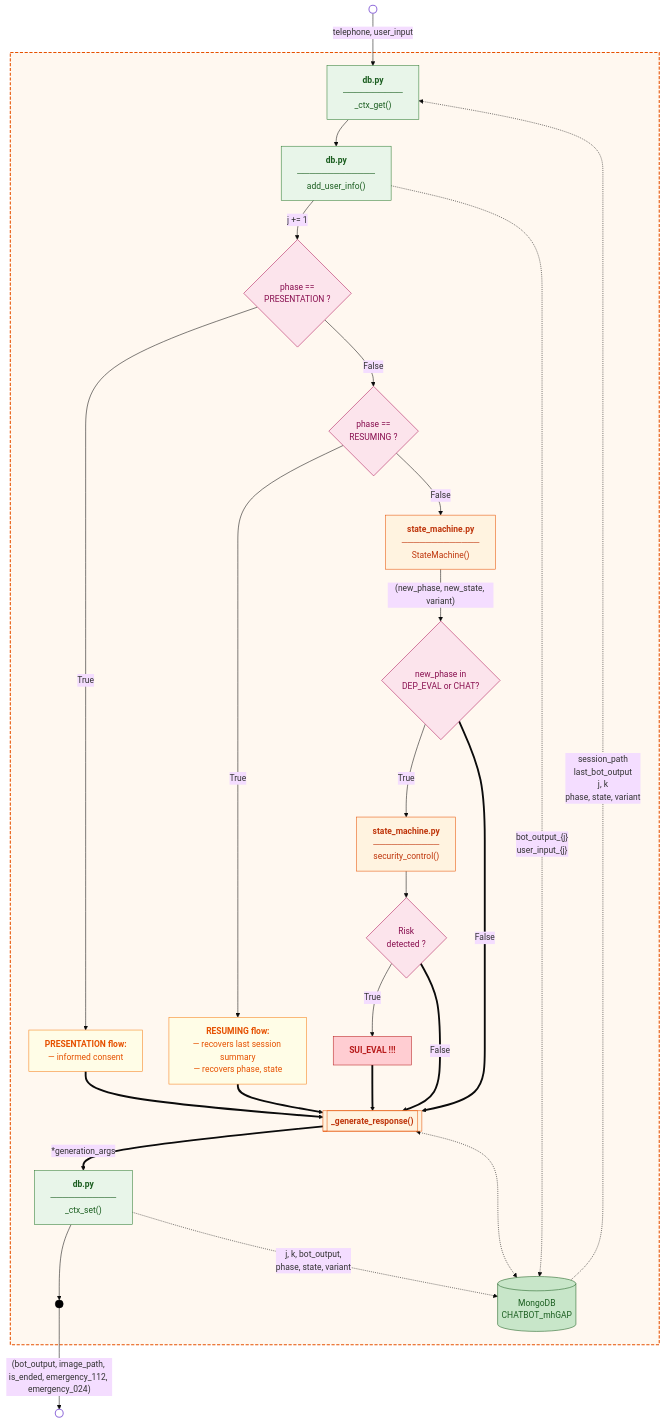
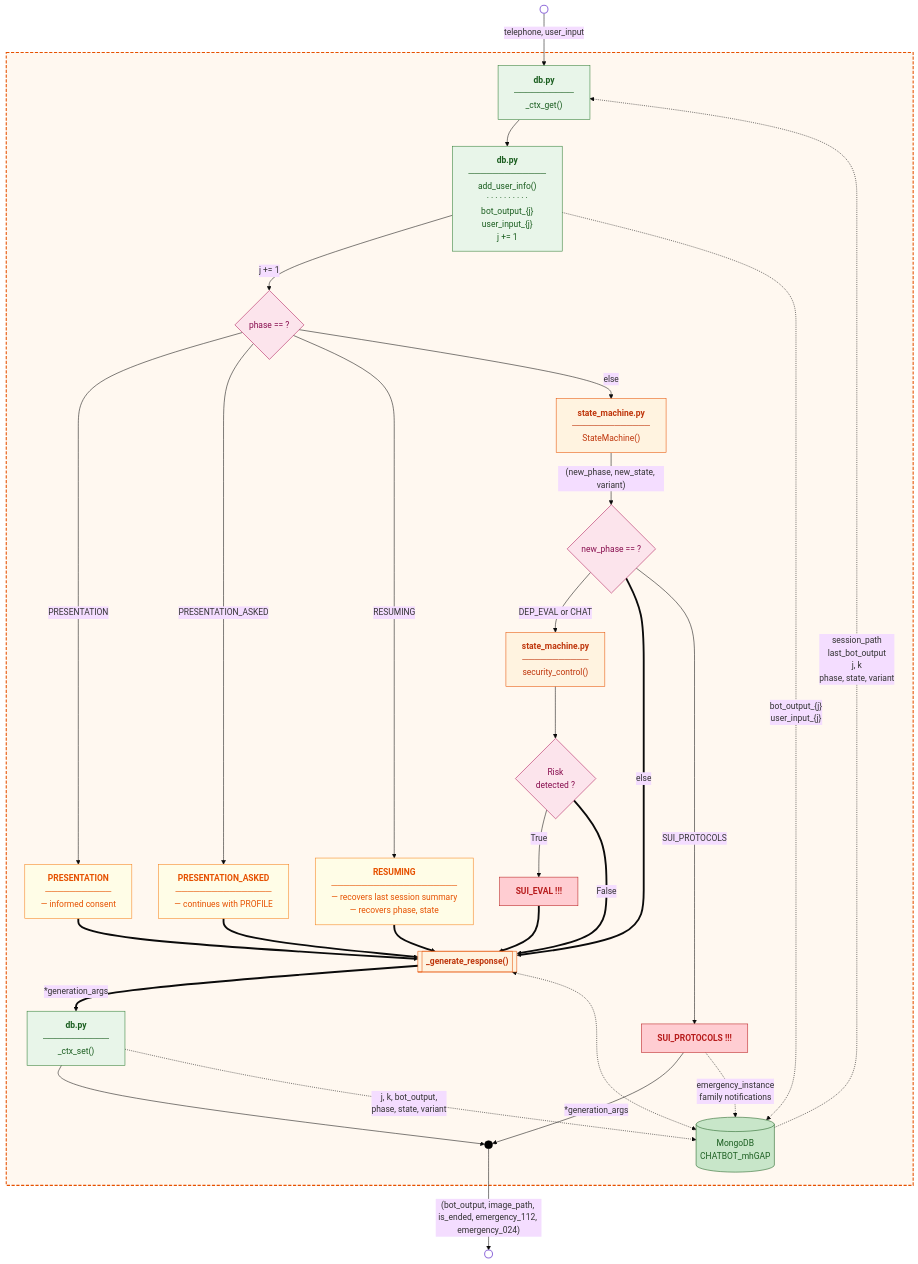
Before and after one commit to JordiiQueralto/AURORA_mhGAP-IG_v2.0: the diagram in diagrams/3_Orchestation.md, drawn with Mermaid (base theme). The commit also changed 2 other files, not shown here.

Commit message:
modifications is fig 1 of FSM and orchestation

````diff
--- a/diagrams/3_Orchestation.md
+++ b/diagrams/3_Orchestation.md
@@ -1,75 +1,81 @@
 ```mermaid
 flowchart TD
 
     START(( )):::circle
     FINISH(( )):::circle
 
     START -->|"telephone, user_input"| CTX_GET
 
     subgraph PROCESS_MSG[" "]
 
         CTX_GET["<b>db.py</b><br/>──────────<br/>_ctx_get()"]:::dbmod
-        HIST["<b>db.py</b><br/>─────────────<br/>add_user_info()"]:::dbmod
+        HIST["<b>db.py</b><br/>─────────────<br/>add_user_info()<br/>· · · · · · · · · ·<br/>bot_output_{j}<br/>user_input_{j}<br/>j += 1"]:::dbmod
 
-        D_PRES{phase ==<br/>PRESENTATION ?}:::decision
-        D_RES{phase ==<br/>RESUMING ?}:::decision
+        SWITCH{phase == ?}:::decision
 
-        PRES["<b>PRESENTATION flow:</b><br/>— informed consent"]:::flowblock
+        PRES["<b>PRESENTATION</b><br/>───────────<br/>— informed consent"]:::flowblock
 
-        RES["<b>RESUMING flow:</b><br/>— recovers last session summary<br/>— recovers phase, state"]:::flowblock
+        PRES_ASK["<b>PRESENTATION_ASKED</b><br/>────────────────<br/>— continues with PROFILE"]:::flowblock
+
+        RES["<b>RESUMING</b><br/>─────────────────────<br/>— recovers last session summary<br/>— recovers phase, state"]:::flowblock
 
         FSM["<b>state_machine.py</b><br/>─────────────<br/>StateMachine()"]:::module
 
-        SEC_GATE{new_phase in<br/>DEP_EVAL or CHAT?}:::decision
+        FSM_GATE{new_phase == ?}:::decision
 
         SEC["<b>state_machine.py</b><br/>───────────<br/>security_control()"]:::module
 
         RISK{Risk<br/>detected ?}:::decision
 
         EMERGENCY["<b>SUI_EVAL !!!</b>"]:::emergency
+
+        SUI_PROT["<b>SUI_PROTOCOLS !!!</b>"]:::emergency
 
         GEN_RESP[["<b>_generate_response()</b>"]]:::module
 
         CTX_SET["<b>db.py</b><br/>───────────<br/>_ctx_set()"]:::dbmod
 
         MONGO[("MongoDB<br/>CHATBOT_mhGAP")]:::db
 
         BOTTOM(( )):::junction
 
         CTX_GET --> HIST
-        HIST -->|"j += 1"| D_PRES
+        HIST -->|"j += 1"| SWITCH
 
-        D_PRES -->|True| PRES ==> GEN_RESP
-        D_PRES -->|False| D_RES
-        D_RES  -->|True| RES  ==> GEN_RESP
-        D_RES  -->|False| FSM
+        SWITCH -->|"PRESENTATION"| PRES ==> GEN_RESP
+        SWITCH -->|"PRESENTATION_ASKED"| PRES_ASK ==> GEN_RESP
+        SWITCH -->|"RESUMING"| RES ==> GEN_RESP
+        SWITCH -->|"else"| FSM
 
-        FSM -->|"(new_phase, new_state, variant)"| SEC_GATE
-        SEC_GATE -->|True| SEC --> RISK
+        FSM -->|"(new_phase, new_state, variant)"| FSM_GATE
+        FSM_GATE -->|"DEP_EVAL or CHAT"| SEC --> RISK
+        FSM_GATE ==>|"else"| GEN_RESP
+        FSM_GATE -->|"SUI_PROTOCOLS"| SUI_PROT -->|"*generation_args"| BOTTOM
+        
         RISK -->|True| EMERGENCY ==> GEN_RESP
         RISK ==>|False| GEN_RESP
-        SEC_GATE ==>|False| GEN_RESP
 
         GEN_RESP ==>|"*generation_args"| CTX_SET
 
         MONGO -.->|"session_path<br/>last_bot_output<br/>j, k<br/>phase, state, variant"| CTX_GET
         HIST -.->|"bot_output_{j}<br/>user_input_{j}"| MONGO
         CTX_SET --> BOTTOM
         CTX_SET -.->|"j, k, bot_output,<br/>phase, state, variant"| MONGO
         GEN_RESP <-.-> MONGO
+        SUI_PROT -.->|"emergency_instance<br/>family notifications"| MONGO
 
     end
 
     BOTTOM -->|"(bot_output, image_path, is_ended, emergency_112, emergency_024)"| FINISH
 
     classDef circle    fill:#ffffff,stroke:#9370db,stroke-width:2px,color:#ffffff
     classDef junction  fill:#000000,stroke:#000000,color:#000000
     classDef module    fill:#fff3e0,stroke:#e65100,color:#bf360c
     classDef flowblock fill:#fffde7,stroke:#f57f17,color:#e65100
     classDef decision  fill:#fce4ec,stroke:#ad1457,color:#880e4f
     classDef dbmod     fill:#e8f5e9,stroke:#2e7d32,color:#1b5e20
     classDef db        fill:#c8e6c9,stroke:#1b5e20,color:#1b5e20
     classDef emergency fill:#ffcdd2,stroke:#b71c1c,color:#b71c1c
 
     style PROCESS_MSG fill:#fff8f0,stroke:#e65100,stroke-width:2px,stroke-dasharray: 6 3
 ```
````
